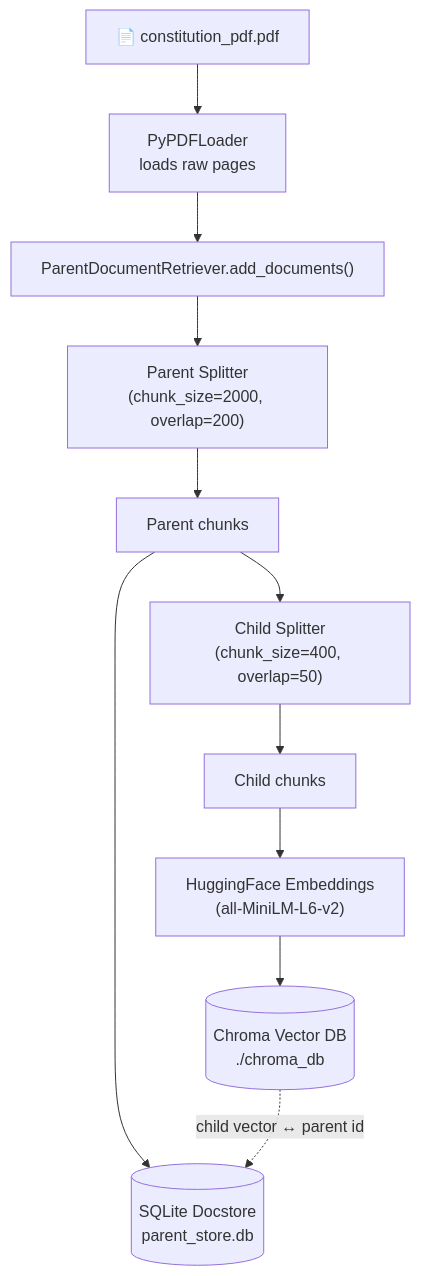
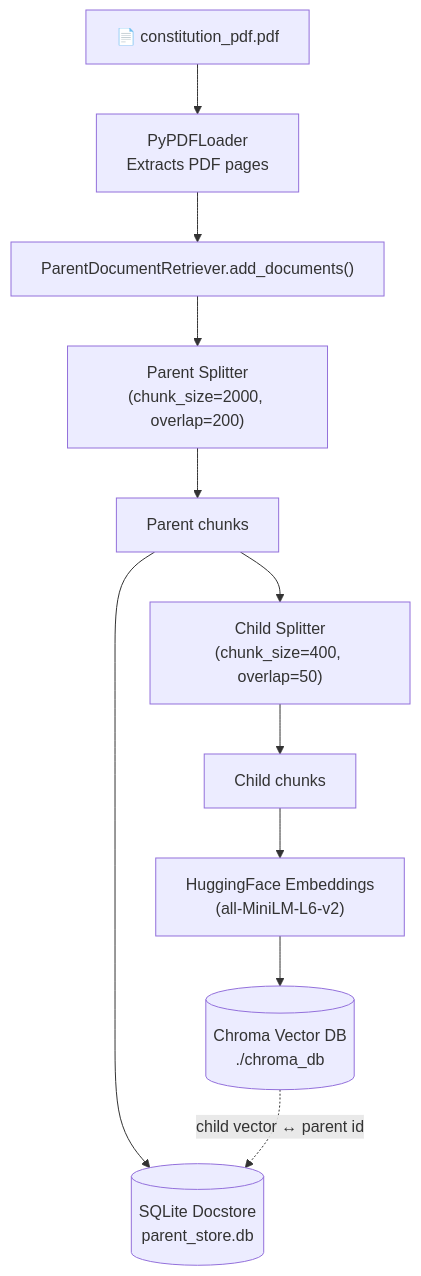
One commit to Sriharshini7/Agentic-RAG-Research-Assistant changed the first of 3 diagrams in README.md. Above: the diagram before and after it, drawn with Mermaid. The commit also changed other lines of this file, not shown here.

````diff
--- a/README.md
+++ b/README.md
@@ -43,13 +44,13 @@
 ```mermaid
 flowchart TD
-    A["📄 constitution_pdf.pdf"] --> B["PyPDFLoader<br/>loads raw pages"]
+    A["📄 constitution_pdf.pdf"] --> B["PyPDFLoader<br/>Extracts PDF pages"]
     B --> C["ParentDocumentRetriever.add_documents()"]
     C --> D["Parent Splitter<br/>(chunk_size=2000, overlap=200)"]
     D --> E["Parent chunks"]
     E --> F["Child Splitter<br/>(chunk_size=400, overlap=50)"]
     F --> G["Child chunks"]
     G --> H["HuggingFace Embeddings<br/>(all-MiniLM-L6-v2)"]
     H --> I[("Chroma Vector DB<br/>./chroma_db")]
     E --> J[("SQLite Docstore<br/>parent_store.db")]
     I -. "child vector ↔ parent id" .-> J
 ```
````
